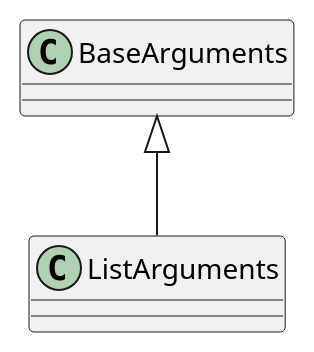
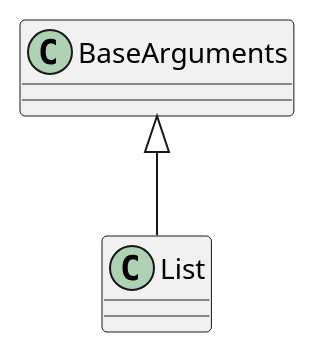
The first of 2 diagrams in ape/interface/arguments/listarguments.rst (russell-n/theape), drawn with PlantUML before and after one commit. The commit also changed other lines of this file and 71 other files, not shown here.

```diff
--- a/ape/interface/arguments/listarguments.rst
+++ b/ape/interface/arguments/listarguments.rst
@@ -56,3 +56,3 @@
 .. uml::
 
-   BaseArguments <|-- ListArguments
+   BaseArguments <|-- List
```
